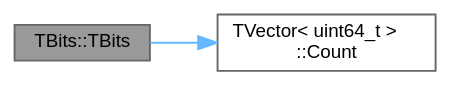
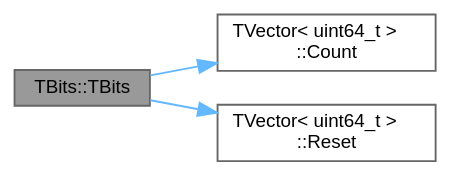
Before and after one commit to jcoelho72/TProcura: the diagram in classTBits_aeb197916c042c7e7ba43f105b6935bf4_cgraph.dot, drawn with Graphviz. The commit also changed 34 other files, not shown here.

```diff
--- a/classTBits_aeb197916c042c7e7ba43f105b6935bf4_cgraph.dot
+++ b/classTBits_aeb197916c042c7e7ba43f105b6935bf4_cgraph.dot
@@ -1,11 +1,13 @@
 digraph "TBits::TBits"
 {
  // LATEX_PDF_SIZE
   bgcolor="transparent";
   edge [fontname=Helvetica,fontsize=10,labelfontname=Helvetica,labelfontsize=10];
   node [fontname=Helvetica,fontsize=10,shape=box,height=0.2,width=0.4];
   rankdir="LR";
   Node1 [id="Node000001",label="TBits::TBits",height=0.2,width=0.4,color="gray40", fillcolor="grey60", style="filled", fontcolor="black",tooltip=" "];
   Node1 -> Node2 [id="edge1_Node000001_Node000002",color="steelblue1",style="solid",tooltip=" "];
   Node2 [id="Node000002",label="TVector\< uint64_t \>\l::Count",height=0.2,width=0.4,color="grey40", fillcolor="white", style="filled",URL="$classTVector.html#ac3c744d84543ca6e32859eb7dfccfeef",tooltip=" "];
+  Node1 -> Node3 [id="edge2_Node000001_Node000003",color="steelblue1",style="solid",tooltip=" "];
+  Node3 [id="Node000003",label="TVector\< uint64_t \>\l::Reset",height=0.2,width=0.4,color="grey40", fillcolor="white", style="filled",URL="$classTVector.html#ab36bc3093e75aa4d710d7c9b9c1ca7bd",tooltip="Preenche todo o vetor com um mesmo valor."];
 }
```
